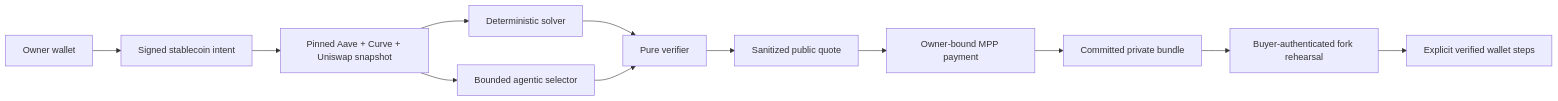
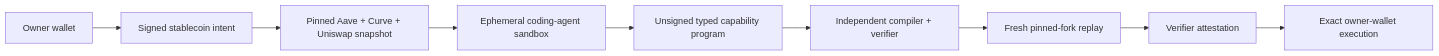
The diagram in README.md (SebastianBoehler/cobia), drawn with Mermaid before and after one commit. The commit also changed other lines of this file and 2 other files, not shown here.

Commit message:
docs: update coding-agent activation boundary

````diff
--- a/README.md
+++ b/README.md
@@ -53,14 +53,11 @@
 ```mermaid
 flowchart LR
     W["Owner wallet"] --> I["Signed stablecoin intent"]
     I --> S["Pinned Aave + Curve + Uniswap snapshot"]
-    S --> D["Deterministic solver"]
-    S --> A["Bounded agentic selector"]
-    D --> V["Pure verifier"]
-    A --> V
-    V --> Q["Sanitized public quote"]
-    Q --> P["Owner-bound MPP payment"]
-    P --> R["Committed private bundle"]
-    R --> F["Buyer-authenticated fork rehearsal"]
-    F --> E["Explicit verified wallet steps"]
+    S --> A["Ephemeral coding-agent sandbox"]
+    A --> P["Unsigned typed capability program"]
+    P --> V["Independent compiler + verifier"]
+    V --> F["Fresh pinned-fork replay"]
+    F --> T["Verifier attestation"]
+    T --> E["Exact owner-wallet execution"]
 ```
````
